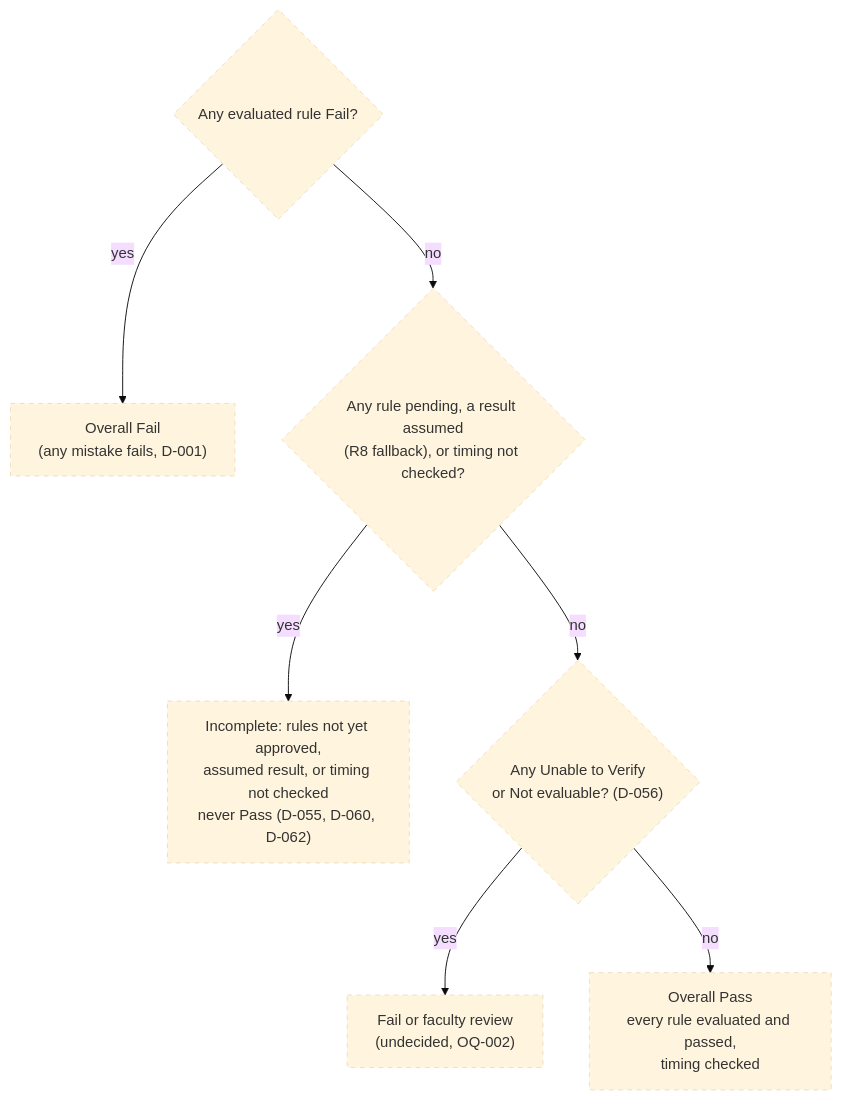
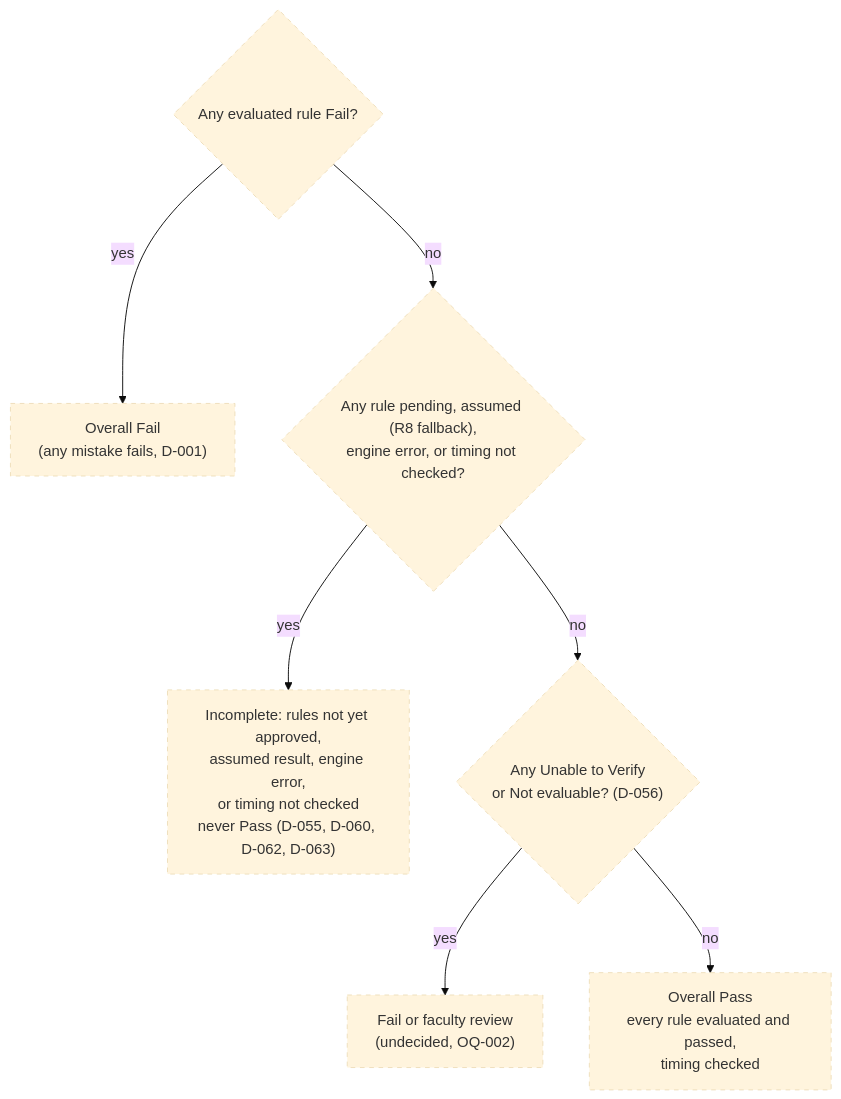
One commit to ananthu65/defibrillator_research changed the eighth of 8 diagrams in docs/rule_engine/diagrams.md. Above: the diagram before and after it, drawn with Mermaid (base theme). The commit also changed other lines of this file and 17 other files, not shown here.

````diff
--- a/docs/rule_engine/diagrams.md
+++ b/docs/rule_engine/diagrams.md
@@ -164,11 +163,11 @@
 ```mermaid
 flowchart TD
     A{"Any evaluated rule Fail?"} -->|yes| F["Overall Fail<br/>(any mistake fails, D-001)"]
-    A -->|no| PD{"Any rule pending, a result assumed<br/>(R8 fallback), or timing not checked?"}
-    PD -->|yes| INC["Incomplete: rules not yet approved,<br/>assumed result, or timing not checked<br/>never Pass (D-055, D-060, D-062)"]
+    A -->|no| PD{"Any rule pending, assumed (R8 fallback),<br/>engine error, or timing not checked?"}
+    PD -->|yes| INC["Incomplete: rules not yet approved,<br/>assumed result, engine error,<br/>or timing not checked<br/>never Pass (D-055, D-060, D-062, D-063)"]
     PD -->|no| B{"Any Unable to Verify<br/>or Not evaluable? (D-056)"}
     B -->|yes| U["Fail or faculty review<br/>(undecided, OQ-002)"]
     B -->|no| P["Overall Pass<br/>every rule evaluated and passed,<br/>timing checked"]
     classDef planned stroke-dasharray: 5 5
     class A,PD,INC,B,F,U,P planned
 ```
````
